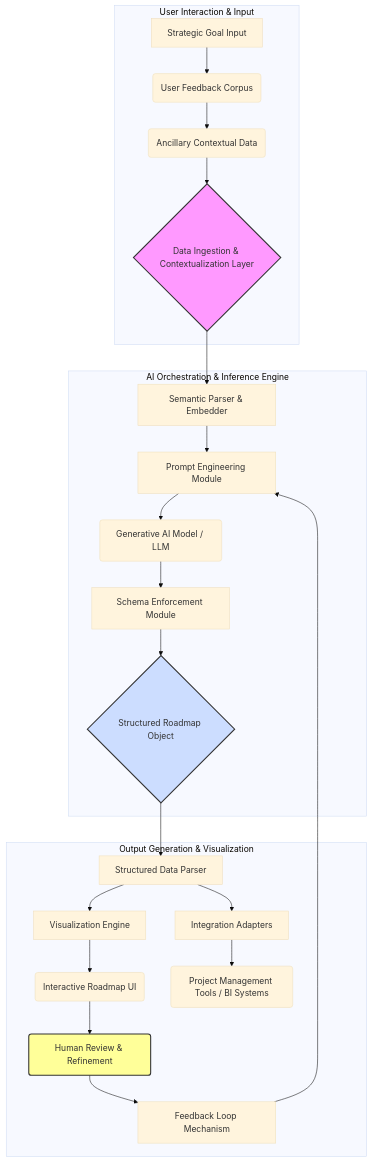
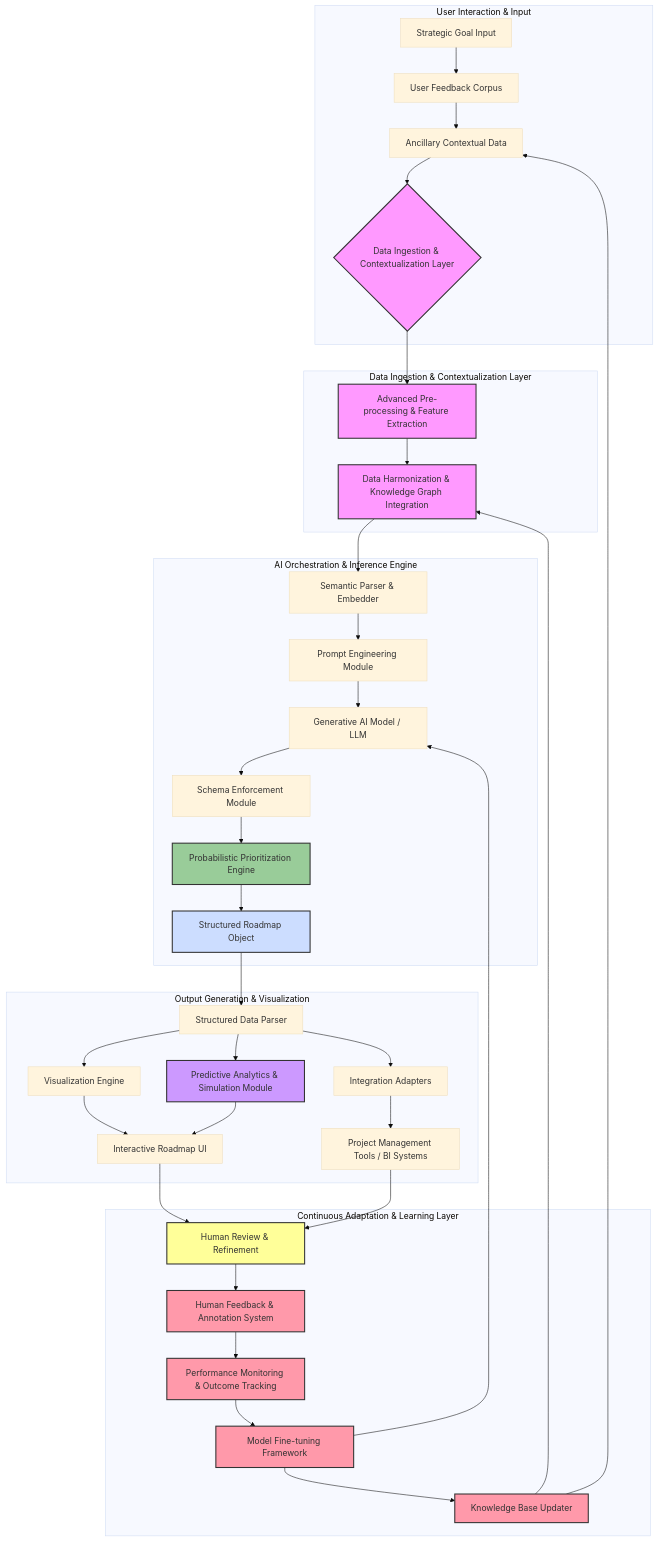
Before and after one commit to diplomat-bit/Citibank_Demo_Business_Inc_Demonstration-: the diagram in inventions/036_ai_driven_product_roadmap_generator.md, drawn with Mermaid (base theme). The commit also changed other lines of this file, not shown here.

Commit message:
[AI] Edit: inventions/036_ai_driven_product_roadmap_generator.md

````diff
--- a/inventions/036_ai_driven_product_roadmap_generator.md
+++ b/inventions/036_ai_driven_product_roadmap_generator.md
@@ -175,31 +218,56 @@
 ```mermaid
 graph TD
     subgraph User Interaction & Input
-        A[Strategic Goal Input] --> B(User Feedback Corpus)
-        B --> C(Ancillary Contextual Data)
+        A[Strategic Goal Input] --> B[User Feedback Corpus]
+        B --> C[Ancillary Contextual Data]
         C --> D{Data Ingestion & Contextualization Layer}
     end
 
+    subgraph Data Ingestion & Contextualization Layer
+        D --> D1[Advanced Pre-processing & Feature Extraction]
+        D1 --> D2[Data Harmonization & Knowledge Graph Integration]
+    end
+
     subgraph AI Orchestration & Inference Engine
-        D --> E[Semantic Parser & Embedder]
+        D2 --> E[Semantic Parser & Embedder]
         E --> F[Prompt Engineering Module]
-        F --> G(Generative AI Model / LLM)
+        F --> G[Generative AI Model / LLM]
         G --> H[Schema Enforcement Module]
-        H --> I{Structured Roadmap Object}
+        H --> H1[Probabilistic Prioritization Engine]
+        H1 --> I[Structured Roadmap Object]
     end
 
     subgraph Output Generation & Visualization
         I --> J[Structured Data Parser]
         J --> K[Visualization Engine]
         J --> L[Integration Adapters]
-        K --> M(Interactive Roadmap UI)
-        L --> N(Project Management Tools / BI Systems)
-        M --> O(Human Review & Refinement)
-        O --> P[Feedback Loop Mechanism]
-        P --> F
+        J --> L1[Predictive Analytics & Simulation Module]
+        K --> M[Interactive Roadmap UI]
+        L --> N[Project Management Tools / BI Systems]
+        L1 --> M
+    end
+
+    subgraph Continuous Adaptation & Learning Layer
+        M --> O[Human Review & Refinement]
+        N --> O
+        O --> P[Human Feedback & Annotation System]
+        P --> P1[Performance Monitoring & Outcome Tracking]
+        P1 --> P2[Model Fine-tuning Framework]
+        P2 --> G
+        P2 --> P3[Knowledge Base Updater]
+        P3 --> D2
+        P3 --> C
     end
 
     style D fill:#f9f,stroke:#333,stroke-width:2px
     style I fill:#cdf,stroke:#333,stroke-width:2px
     style O fill:#ff9,stroke:#333,stroke-width:2px
+    style D1 fill:#f9f,stroke:#333,stroke-width:2px
+    style D2 fill:#f9f,stroke:#333,stroke-width:2px
+    style H1 fill:#9c9,stroke:#333,stroke-width:2px
+    style L1 fill:#c9f,stroke:#333,stroke-width:2px
+    style P fill:#f9a,stroke:#333,stroke-width:2px
+    style P1 fill:#f9a,stroke:#333,stroke-width:2px
+    style P2 fill:#f9a,stroke:#333,stroke-width:2px
+    style P3 fill:#f9a,stroke:#333,stroke-width:2px
 ```
````
